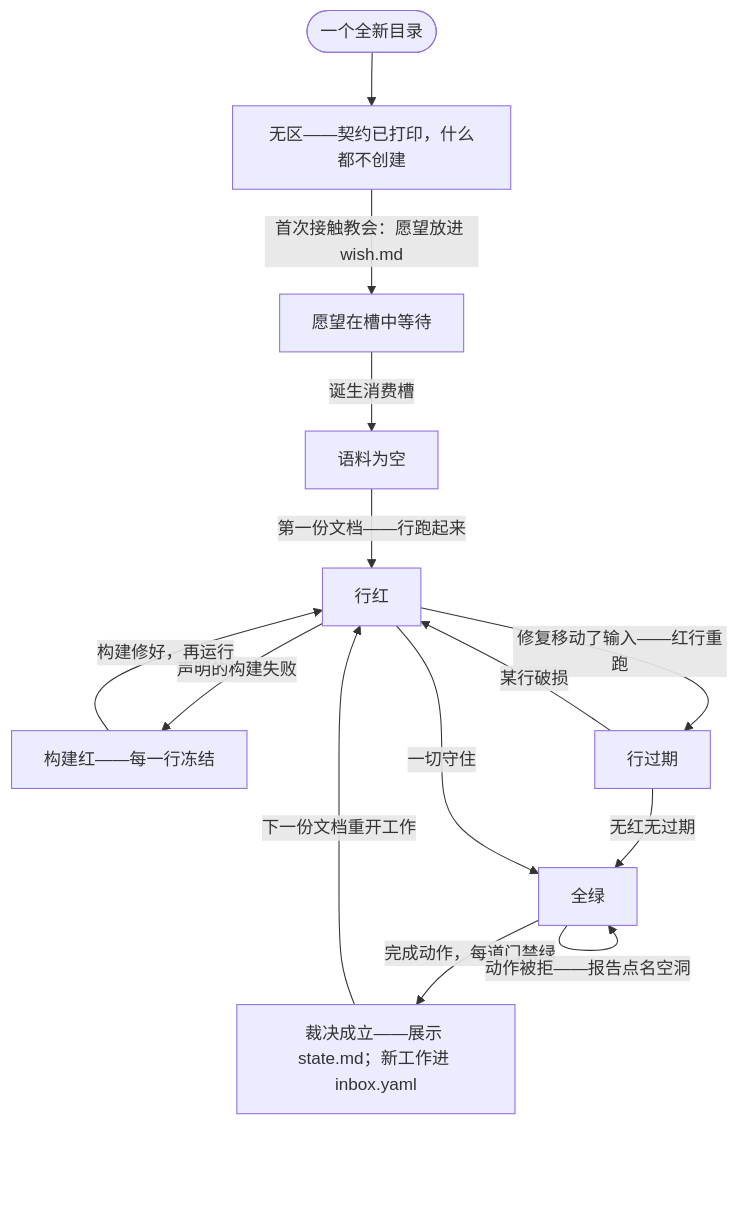
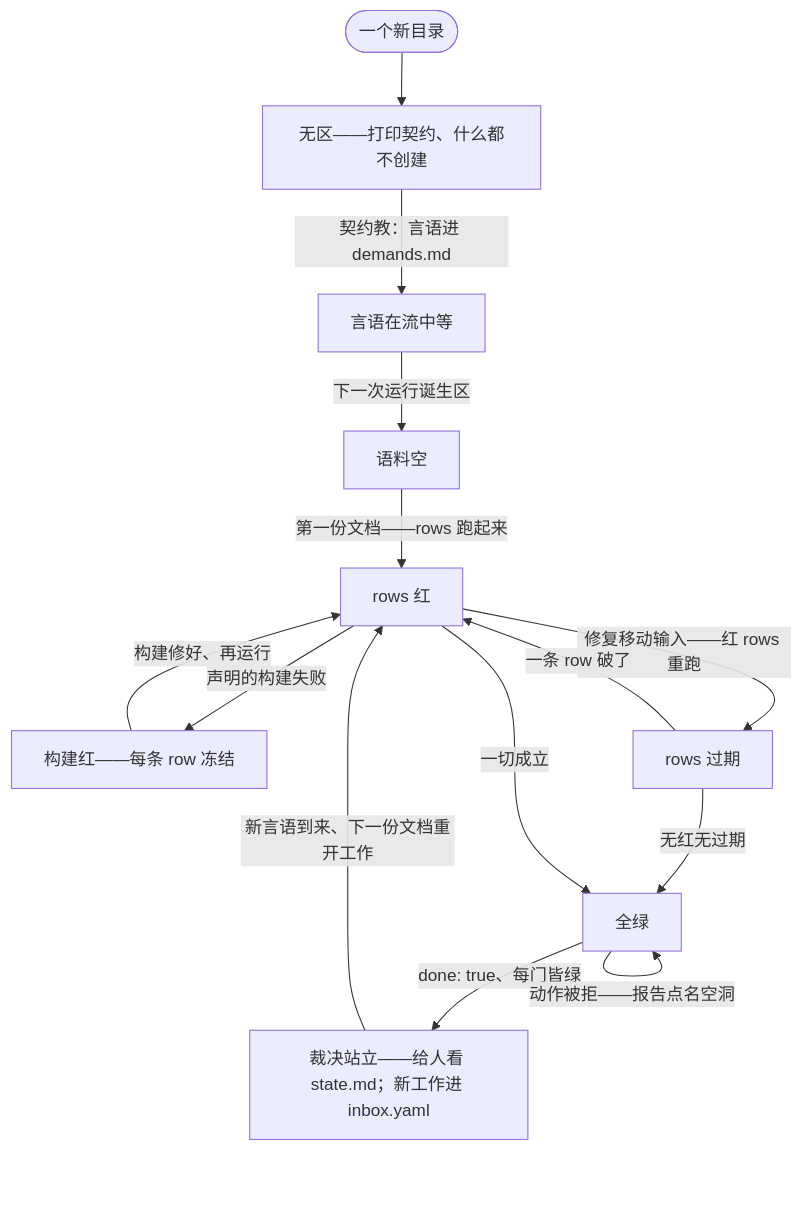
The ninth of 9 diagrams in docs/ARCHITECTURE.zh.md (neurophant/punchtape), drawn with Mermaid before and after one commit. The commit also changed other lines of this file and 80 other files, not shown here.

````diff
--- a/docs/ARCHITECTURE.zh.md
+++ b/docs/ARCHITECTURE.zh.md
@@ -379,16 +672,16 @@
 ```mermaid
 flowchart TD
-    START(["一个全新目录"]) --> NoZone["无区——契约已打印，什么都不创建"]
-    NoZone -- "首次接触教会：愿望放进 wish.md" --> WishSlot["愿望在槽中等待"]
-    WishSlot -- "诞生消费槽" --> CorpusEmpty["语料为空"]
-    CorpusEmpty -- "第一份文档——行跑起来" --> RedRows["行红"]
-    RedRows -- "声明的构建失败" --> BuildRed["构建红——每一行冻结"]
-    BuildRed -- "构建修好，再运行" --> RedRows
-    RedRows -- "修复移动了输入——红行重跑" --> StaleRows["行过期"]
-    StaleRows -- "某行破损" --> RedRows
+    START(["一个新目录"]) --> NoZone["无区——打印契约、什么都不创建"]
+    NoZone -- "契约教：言语进 demands.md" --> Words["言语在流中等"]
+    Words -- "下一次运行诞生区" --> CorpusEmpty["语料空"]
+    CorpusEmpty -- "第一份文档——rows 跑起来" --> RedRows["rows 红"]
+    RedRows -- "声明的构建失败" --> BuildRed["构建红——每条 row 冻结"]
+    BuildRed -- "构建修好、再运行" --> RedRows
+    RedRows -- "修复移动输入——红 rows 重跑" --> StaleRows["rows 过期"]
+    StaleRows -- "一条 row 破了" --> RedRows
     StaleRows -- "无红无过期" --> AllGreen["全绿"]
-    RedRows -- "一切守住" --> AllGreen
-    AllGreen -- "完成动作，每道门禁绿" --> VerdictStanding["裁决成立——展示 state.md；新工作进 inbox.yaml"]
+    RedRows -- "一切成立" --> AllGreen
+    AllGreen -- "done: true、每门皆绿" --> VerdictStanding["裁决站立——给人看 state.md；新工作进 inbox.yaml"]
     AllGreen -- "动作被拒——报告点名空洞" --> AllGreen
-    VerdictStanding -- "下一份文档重开工作" --> RedRows
+    VerdictStanding -- "新言语到来、下一份文档重开工作" --> RedRows
 ```
````
